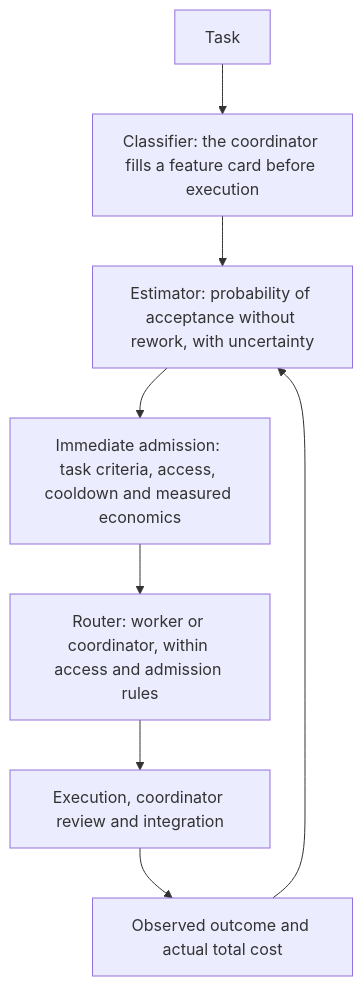
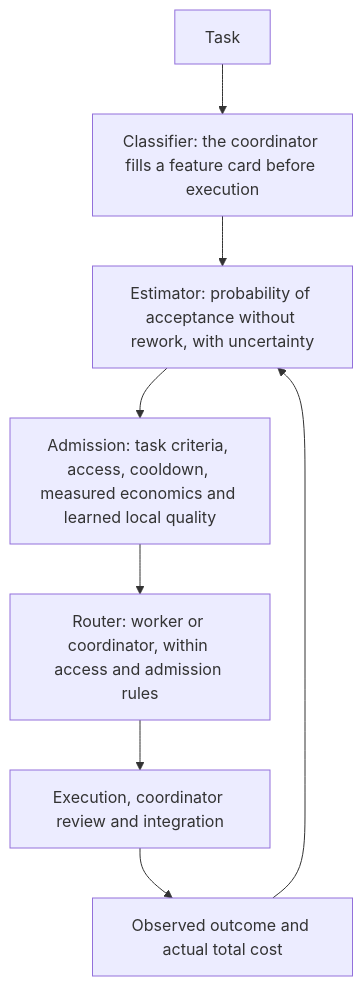
The diagram in docs/ROUTING.md (kirill31337/deepseek-team), drawn with Mermaid before and after one commit. The commit also changed other lines of this file and 43 other files, not shown here.

````diff
--- a/docs/ROUTING.md
+++ b/docs/ROUTING.md
@@ -18,10 +18,10 @@
 ```mermaid
 flowchart TD
     T[Task] --> C["Classifier: the coordinator fills a feature card before execution"]
     C --> E["Estimator: probability of acceptance without rework, with uncertainty"]
-    E --> S["Immediate admission: task criteria, access, cooldown and measured economics"]
+    E --> S["Admission: task criteria, access, cooldown, measured economics and learned local quality"]
     S --> R["Router: worker or coordinator, within access and admission rules"]
     R --> X["Execution, coordinator review and integration"]
     X --> O["Observed outcome and actual total cost"]
     O --> E
 ```
````
